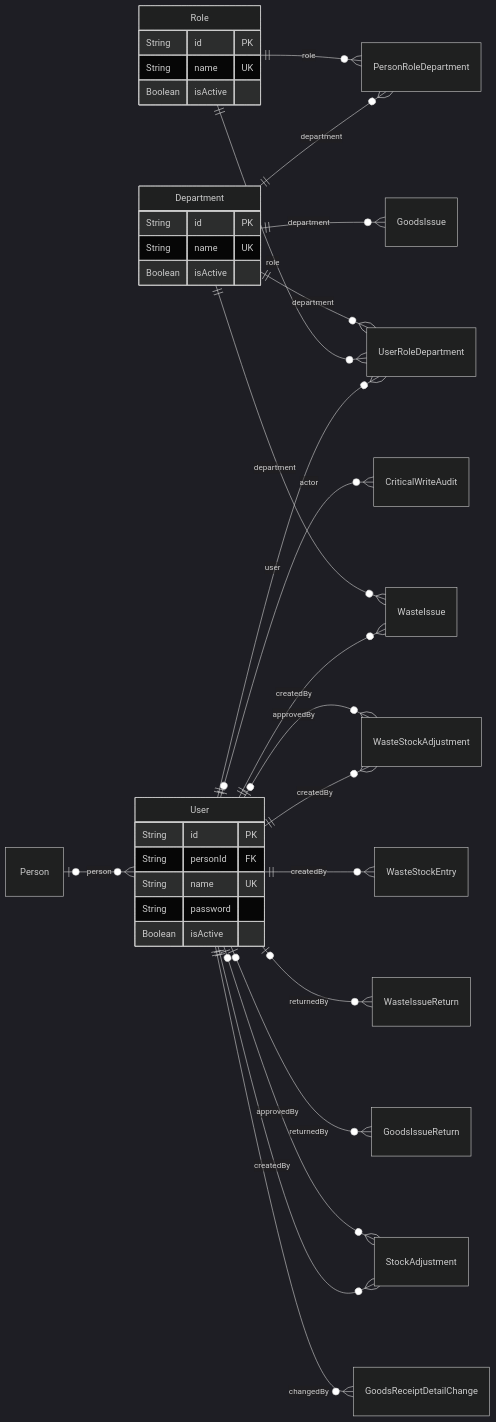
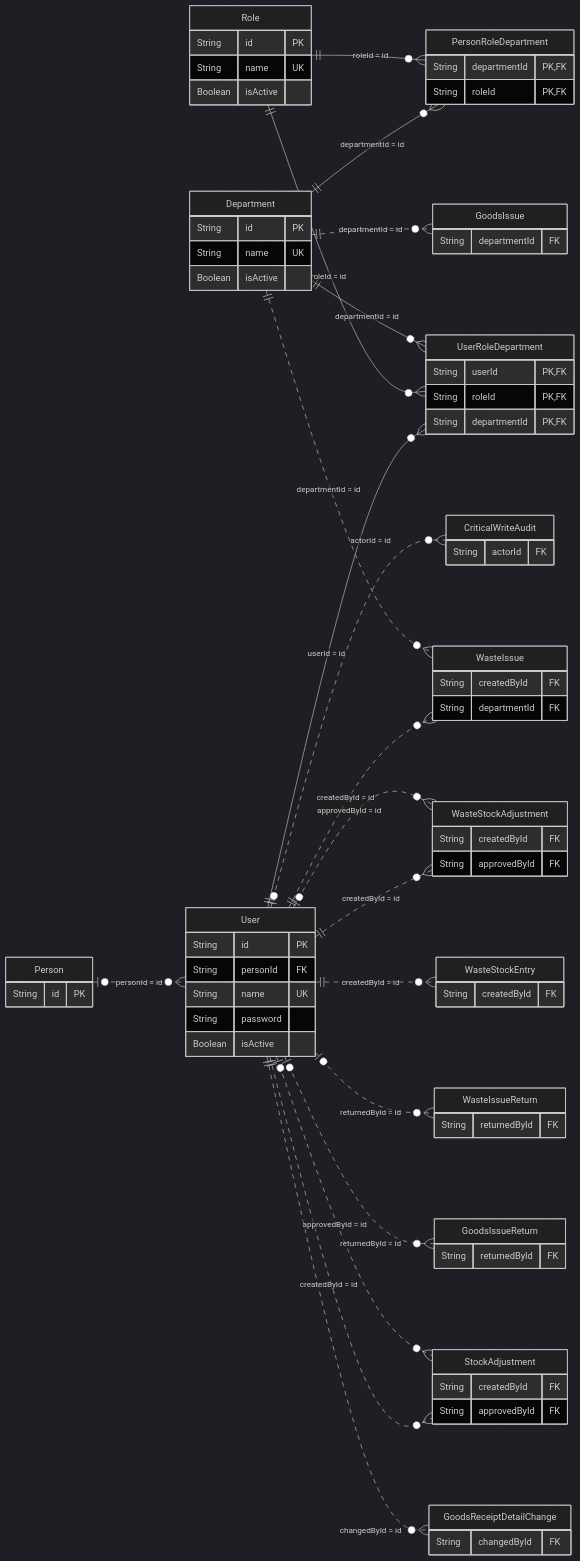
The first of 14 diagrams in docs/architecture/views/logical/data-and-persistence/generated/database-schema.md (gpgsistemas01/nexus), drawn with Mermaid (dark theme) before and after one commit. The commit also changed other lines of this file and 20 other files, not shown here.

Commit message:
docs: corregir relaciones ER y notación UML de diagramas

````diff
--- a/docs/architecture/views/logical/data-and-persistence/generated/database-schema.md
+++ b/docs/architecture/views/logical/data-and-persistence/generated/database-schema.md
@@ -28,39 +32,81 @@
 ```mermaid
 erDiagram
     direction LR
     Department {
         String id PK
         String name UK
         Boolean isActive
     }
     Role {
         String id PK
         String name UK
         Boolean isActive
     }
     User {
         String id PK
         String personId FK
         String name UK
         String password
         Boolean isActive
     }
-    Person o|--o{ User : "person"
-    User o|--o{ CriticalWriteAudit : "actor"
-    User ||--o{ UserRoleDepartment : "user"
-    Role ||--o{ UserRoleDepartment : "role"
-    Department ||--o{ UserRoleDepartment : "department"
-    Department ||--o{ PersonRoleDepartment : "department"
-    Role ||--o{ PersonRoleDepartment : "role"
-    User ||--o{ WasteStockAdjustment : "createdBy"
-    User o|--o{ WasteStockAdjustment : "approvedBy"
-    User ||--o{ WasteStockEntry : "createdBy"
-    User ||--o{ WasteIssue : "createdBy"
-    Department ||--o{ WasteIssue : "department"
-    User o|--o{ WasteIssueReturn : "returnedBy"
-    Department ||--o{ GoodsIssue : "department"
-    User o|--o{ GoodsIssueReturn : "returnedBy"
-    User ||--o{ StockAdjustment : "createdBy"
-    User o|--o{ StockAdjustment : "approvedBy"
-    User ||--o{ GoodsReceiptDetailChange : "changedBy"
+    Person {
+        String id PK
+    }
+    CriticalWriteAudit {
+        String actorId FK
+    }
+    UserRoleDepartment {
+        String userId PK,FK
+        String roleId PK,FK
+        String departmentId PK,FK
+    }
+    PersonRoleDepartment {
+        String departmentId PK,FK
+        String roleId PK,FK
+    }
+    WasteStockAdjustment {
+        String createdById FK
+        String approvedById FK
+    }
+    WasteStockEntry {
+        String createdById FK
+    }
+    WasteIssue {
+        String createdById FK
+        String departmentId FK
+    }
+    WasteIssueReturn {
+        String returnedById FK
+    }
+    GoodsIssue {
+        String departmentId FK
+    }
+    GoodsIssueReturn {
+        String returnedById FK
+    }
+    StockAdjustment {
+        String createdById FK
+        String approvedById FK
+    }
+    GoodsReceiptDetailChange {
+        String changedById FK
+    }
+    Person o|..o{ User : "personId = id"
+    User o|..o{ CriticalWriteAudit : "actorId = id"
+    User ||--o{ UserRoleDepartment : "userId = id"
+    Role ||--o{ UserRoleDepartment : "roleId = id"
+    Department ||--o{ UserRoleDepartment : "departmentId = id"
+    Department ||--o{ PersonRoleDepartment : "departmentId = id"
+    Role ||--o{ PersonRoleDepartment : "roleId = id"
+    User ||..o{ WasteStockAdjustment : "createdById = id"
+    User o|..o{ WasteStockAdjustment : "approvedById = id"
+    User ||..o{ WasteStockEntry : "createdById = id"
+    User ||..o{ WasteIssue : "createdById = id"
+    Department ||..o{ WasteIssue : "departmentId = id"
+    User o|..o{ WasteIssueReturn : "returnedById = id"
+    Department ||..o{ GoodsIssue : "departmentId = id"
+    User o|..o{ GoodsIssueReturn : "returnedById = id"
+    User ||..o{ StockAdjustment : "createdById = id"
+    User o|..o{ StockAdjustment : "approvedById = id"
+    User ||..o{ GoodsReceiptDetailChange : "changedById = id"
 ```
````
